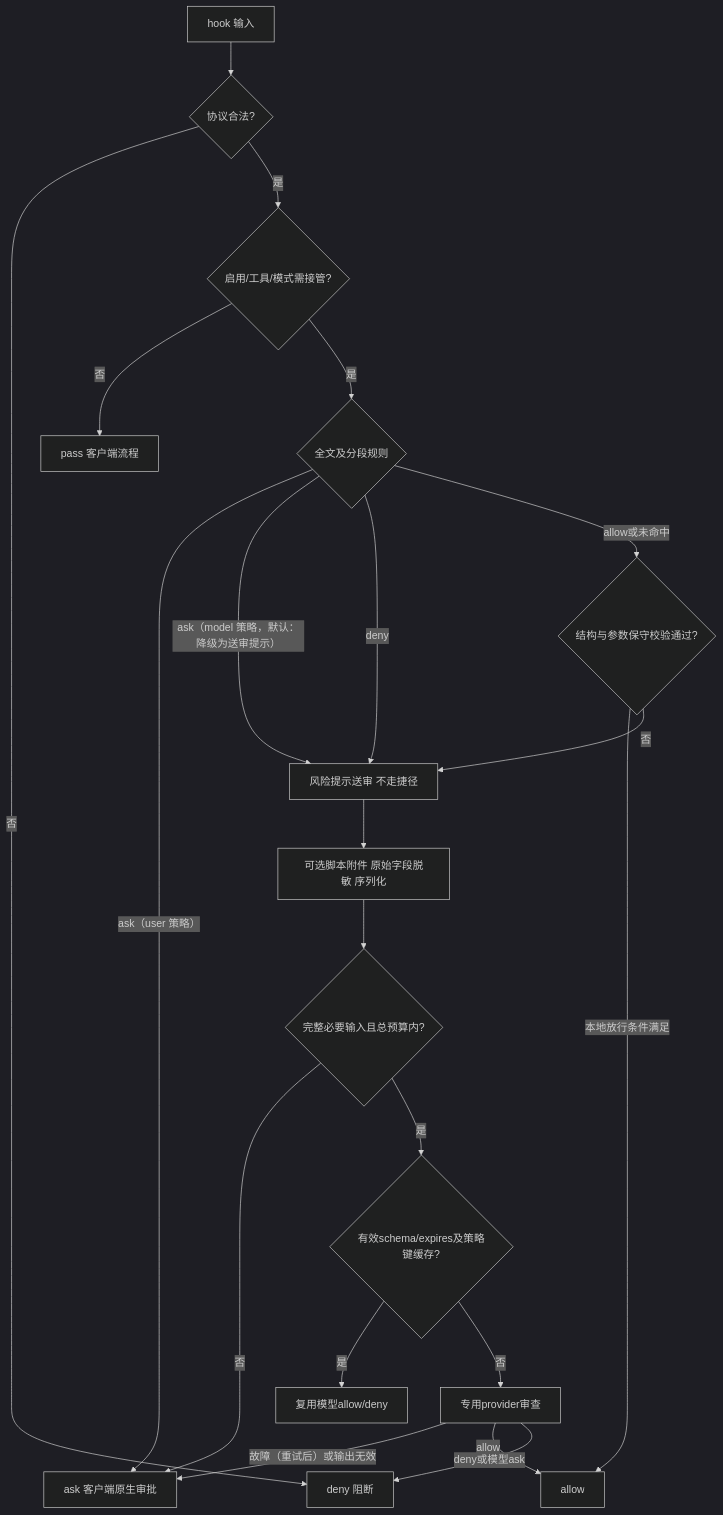
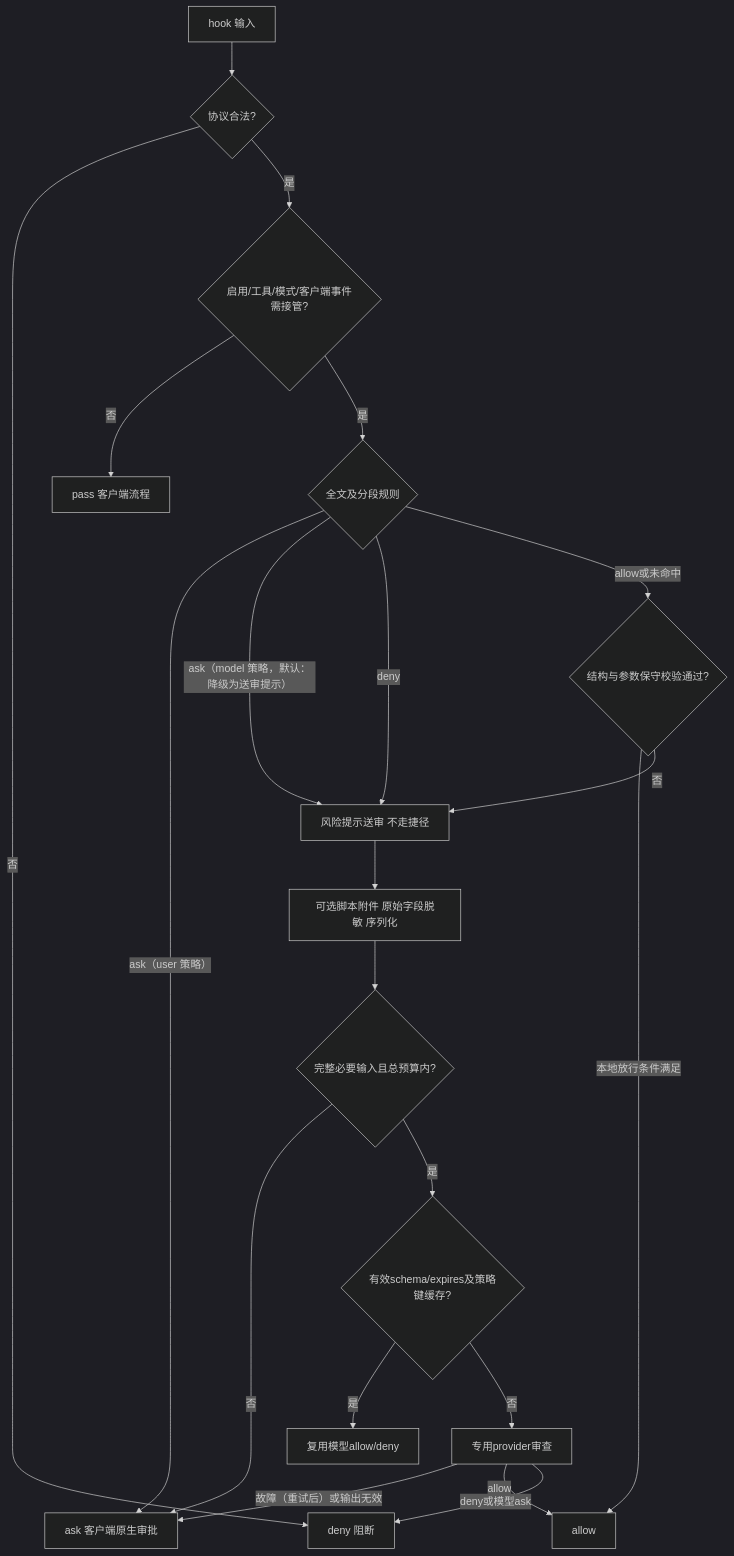
Before and after one commit to cy-2-u/zhao: the diagram in docs/project_wiki/02_开发文档/模块设计_决策管线.md, drawn with Mermaid (dark theme). The commit also changed other lines of this file and 25 other files, not shown here.

````diff
--- a/docs/project_wiki/02_开发文档/模块设计_决策管线.md
+++ b/docs/project_wiki/02_开发文档/模块设计_决策管线.md
@@ -7,23 +7,23 @@
 ```mermaid
 flowchart TD
     A[hook 输入] --> B{协议合法?}
     B -- 否 --> D[deny 阻断]
-    B -- 是 --> C{启用/工具/模式需接管?}
+    B -- 是 --> C{启用/工具/模式/客户端事件需接管?}
     C -- 否 --> P[pass 客户端流程]
     C -- 是 --> E{全文及分段规则}
     E -- "ask（user 策略）" --> Q[ask 客户端原生审批]
     E -- "ask（model 策略，默认：降级为送审提示）" --> H[风险提示送审 不走捷径]
     E -- deny --> H
     E -- allow或未命中 --> F{结构与参数保守校验通过?}
     F -- 本地放行条件满足 --> L[allow]
     F -- 否 --> H
     H --> S[可选脚本附件 原始字段脱敏 序列化]
     S --> T{完整必要输入且总预算内?}
     T -- 否 --> Q
     T -- 是 --> K{有效schema/expires及策略键缓存?}
     K -- 是 --> V[复用模型allow/deny]
     K -- 否 --> M[专用provider审查]
     M -- "故障（重试后）或输出无效" --> Q
     M -- allow --> L
     M -- deny或模型ask --> D
 ```
````
